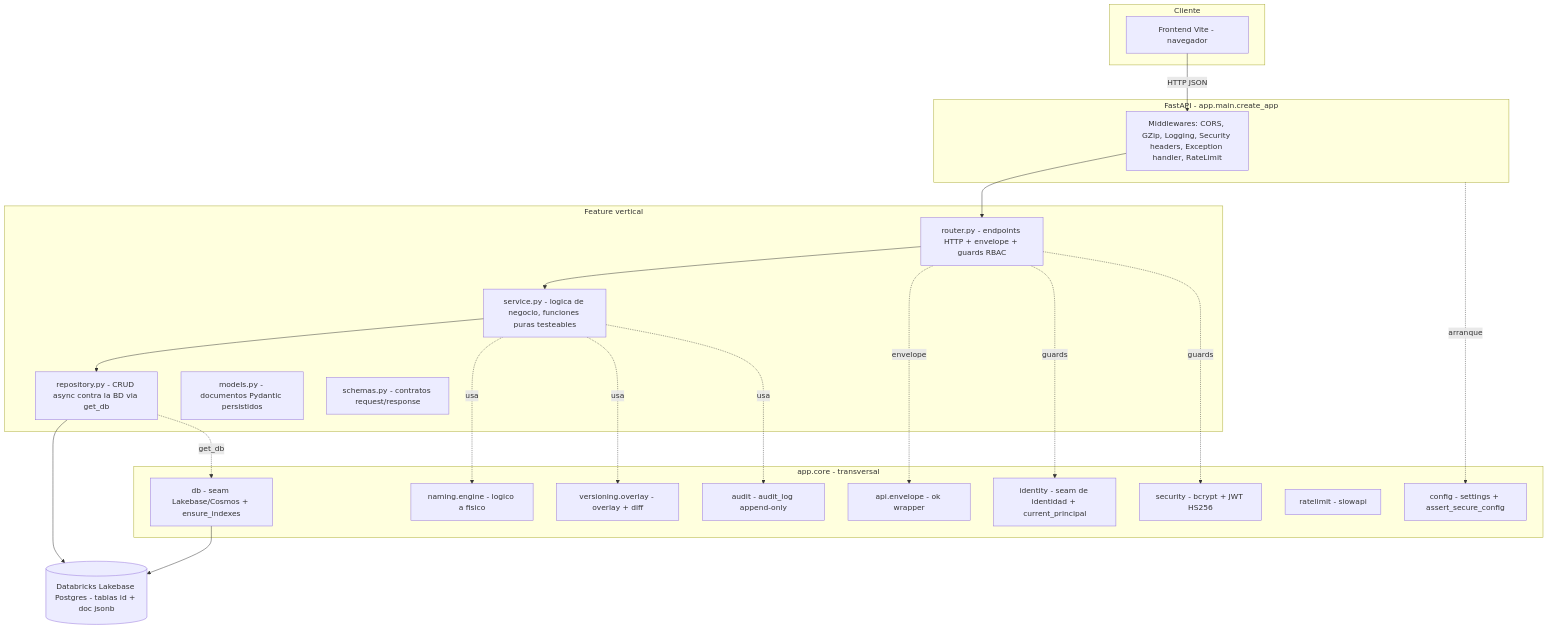
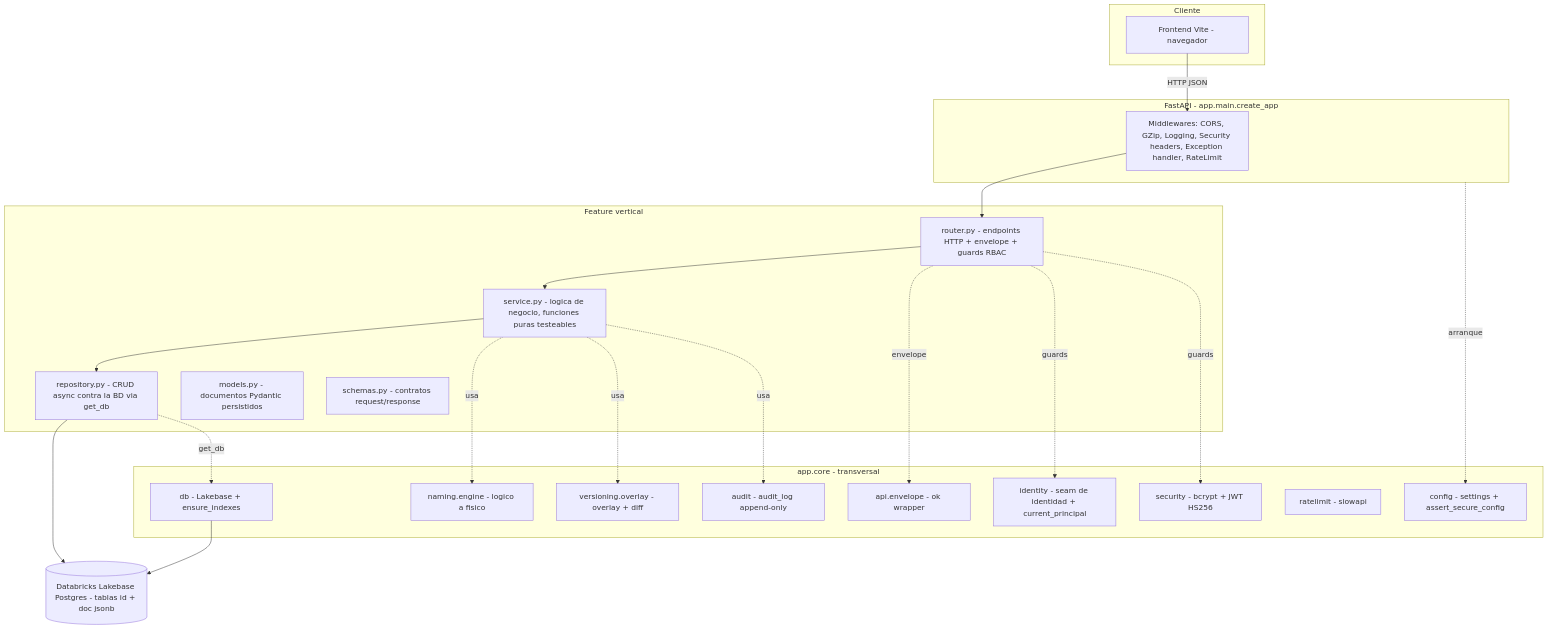
Before and after one commit to Carlosmps97/backend-data-model-hub: the first of 7 diagrams in doc/arquitectura.md, drawn with Mermaid. The commit also changed other lines of this file and 20 other files, not shown here.

````diff
--- a/doc/arquitectura.md
+++ b/doc/arquitectura.md
@@ -45,47 +45,47 @@
 ```mermaid
 flowchart TD
     subgraph Cliente
         FE[Frontend Vite - navegador]
     end
 
     subgraph App[FastAPI - app.main.create_app]
         MW[Middlewares: CORS, GZip, Logging, Security headers, Exception handler, RateLimit]
     end
 
     subgraph Feature[Feature vertical]
         RT[router.py - endpoints HTTP + envelope + guards RBAC]
         SV[service.py - logica de negocio, funciones puras testeables]
         RP[repository.py - CRUD async contra la BD via get_db]
         MD[models.py - documentos Pydantic persistidos]
         SC[schemas.py - contratos request/response]
     end
 
     subgraph Core[app.core - transversal]
         CFG[config - settings + assert_secure_config]
-        DB[db - seam Lakebase/Cosmos + ensure_indexes]
+        DB[db - Lakebase + ensure_indexes]
         ID[identity - seam de identidad + current_principal]
         SEC[security - bcrypt + JWT HS256]
         NAM[naming.engine - logico a fisico]
         VER[versioning.overlay - overlay + diff]
         AUD[audit - audit_log append-only]
         RL[ratelimit - slowapi]
         ENV[api.envelope - ok wrapper]
     end
 
     LAKEBASE[(Databricks Lakebase Postgres - tablas id + doc jsonb)]
 
     FE -->|HTTP JSON| MW
     MW --> RT
     RT --> SV
     SV --> RP
     RP --> LAKEBASE
     RT -.envelope.-> ENV
     RT -.guards.-> ID
     RT -.guards.-> SEC
     SV -.usa.-> NAM
     SV -.usa.-> VER
     SV -.usa.-> AUD
     RP -.get_db.-> DB
     DB --> LAKEBASE
     App -.arranque.-> CFG
 ```
````
